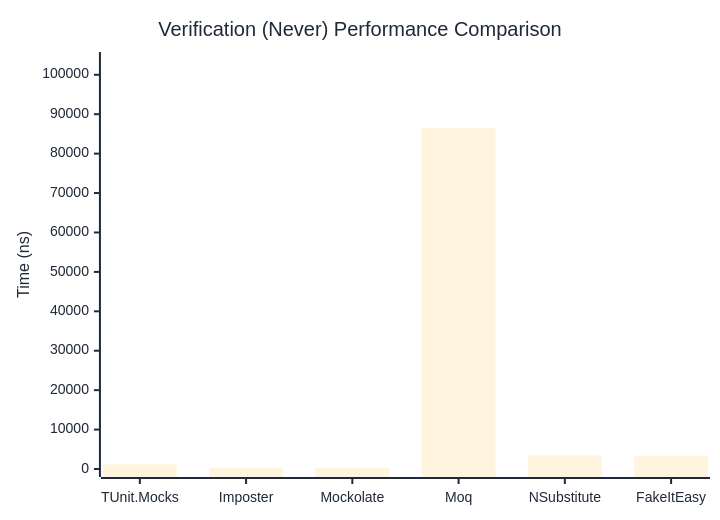
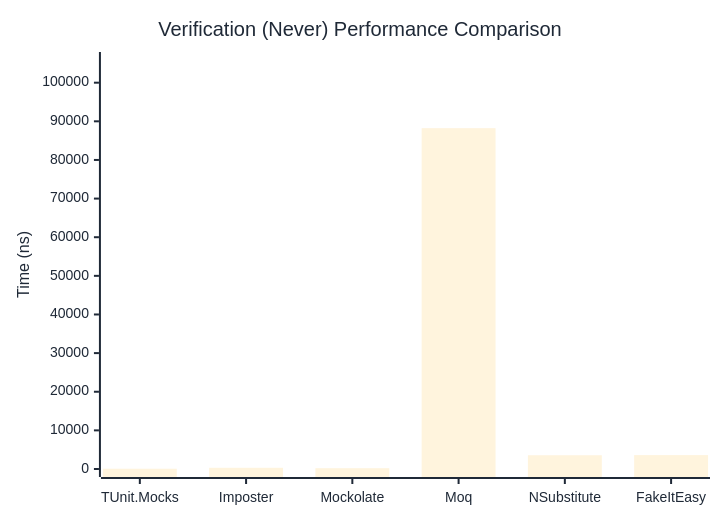
Before and after one commit to thomhurst/TUnit: the second of 3 diagrams in docs/docs/benchmarks/mocks/Verification.md, drawn with Mermaid. The commit also changed other lines of this file and 14 other files, not shown here.

````diff
--- a/docs/docs/benchmarks/mocks/Verification.md
+++ b/docs/docs/benchmarks/mocks/Verification.md
@@ -69,27 +69,27 @@
 ```mermaid
 %%{init: {
   'theme':'base',
   'themeVariables': {
     'primaryColor': '#2563eb',
     'primaryTextColor': '#1f2937',
     'primaryBorderColor': '#1e40af',
     'lineColor': '#6b7280',
     'secondaryColor': '#7c3aed',
     'tertiaryColor': '#dc2626',
     'background': '#ffffff',
     'pie1': '#2563eb',
     'pie2': '#7c3aed',
     'pie3': '#dc2626',
     'pie4': '#f59e0b',
     'pie5': '#10b981',
     'pie6': '#06b6d4',
     'pie7': '#ec4899',
     'pie8': '#6366f1'
   }
 }}%%
 xychart-beta
   title "Verification (Never) Performance Comparison"
   x-axis ["TUnit.Mocks", "Imposter", "Mockolate", "Moq", "NSubstitute", "FakeItEasy"]
-  y-axis "Time (ns)" 0 --> 103751
-  bar [1153, 304, 202.1, 86458.8, 3463.7, 3388.9]
+  y-axis "Time (ns)" 0 --> 105873
+  bar [71.42, 315.24, 208.51, 88227.46, 3563.2, 3598.38]
 ```
````
